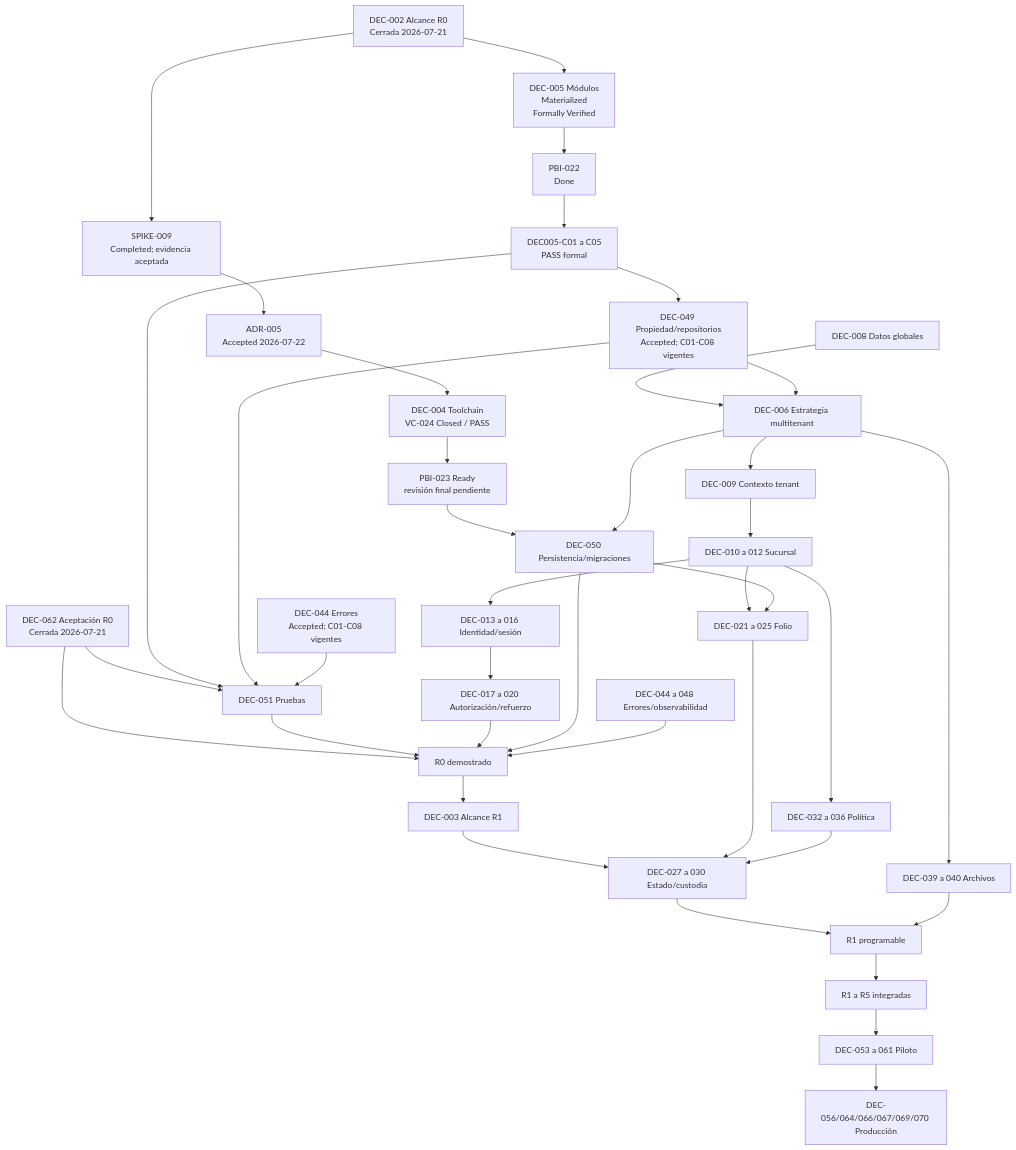
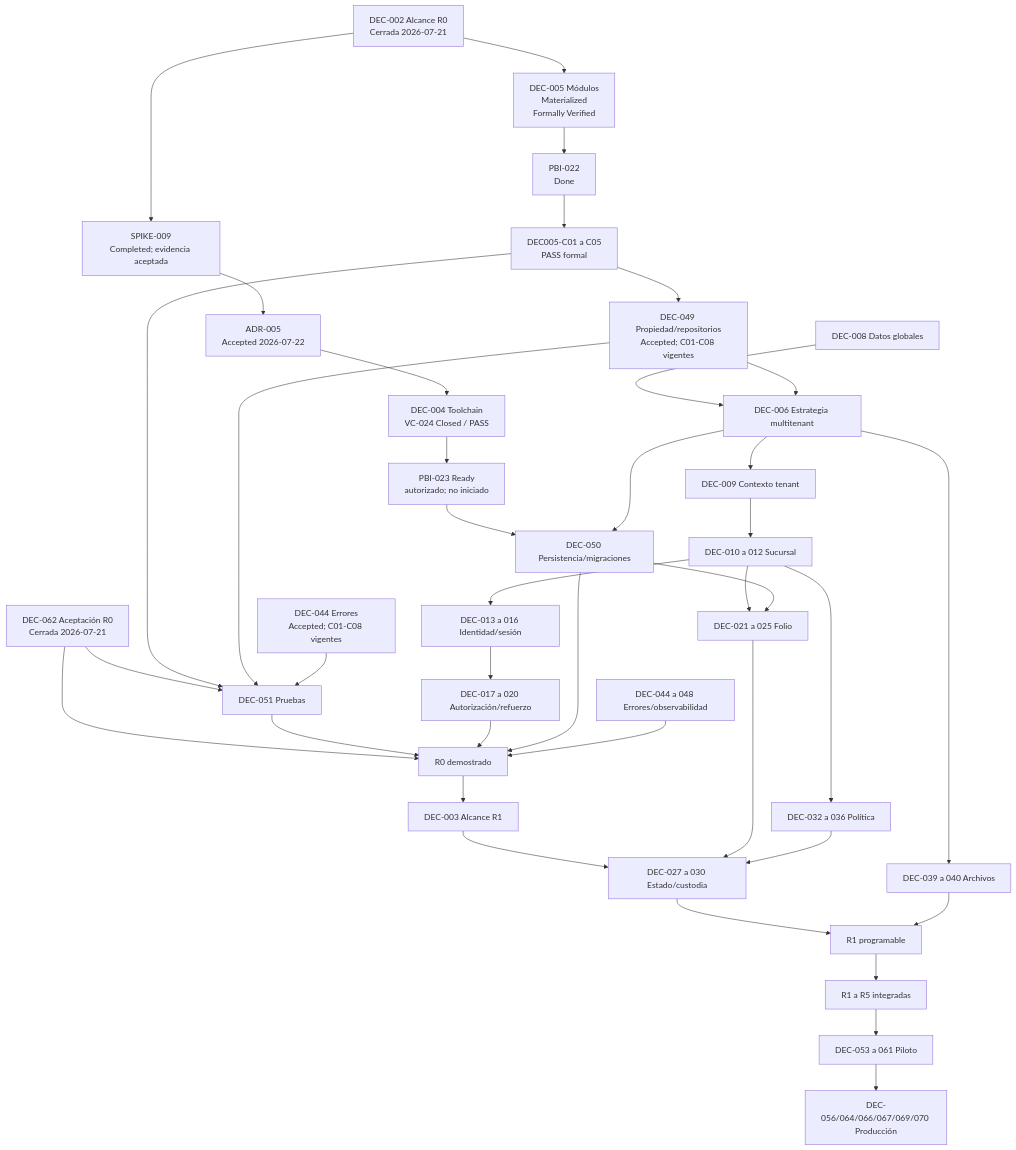
The diagram in docs/architecture-readiness/blocker-closure/DEPENDENCIAS_ENTRE_DECISIONES.md (luisgtzaviles/SrTaller-2.0), drawn with Mermaid before and after one commit. The commit also changed 23 other files, not shown here.

````diff
--- a/docs/architecture-readiness/blocker-closure/DEPENDENCIAS_ENTRE_DECISIONES.md
+++ b/docs/architecture-readiness/blocker-closure/DEPENDENCIAS_ENTRE_DECISIONES.md
@@ -5,45 +5,45 @@
 ```mermaid
 flowchart TD
     SCOPE[DEC-002 Alcance R0<br/>Cerrada 2026-07-21] --> SPIKE9[SPIKE-009<br/>Completed; evidencia aceptada]
     SPIKE9 --> ADR5[ADR-005<br/>Accepted 2026-07-22]
     ADR5 --> STACK[DEC-004 Toolchain<br/>VC-024 Closed / PASS]
     SCOPE --> MODULES[DEC-005 Módulos<br/>Materialized<br/>Formally Verified]
     MODULES --> PBI22[PBI-022<br/>Done]
     PBI22 --> D5E[DEC005-C01 a C05<br/>PASS formal]
     ACCEPT[DEC-062 Aceptación R0<br/>Cerrada 2026-07-21] --> TEST[DEC-051 Accepted<br/>C01/C07/C09 Satisfied]
     ACCEPT --> R0
-    STACK --> PBI23[PBI-023 Ready<br/>revisión final pendiente]
+    STACK --> PBI23[PBI-023 Ready<br/>autorizado; no iniciado]
     PBI23 --> DATA[DEC-050 Persistencia/migraciones]
     D5E --> OWN[DEC-049 Propiedad/repositorios<br/>Accepted; C01-C08 vigentes]
     D5E --> TEST
     OWN --> TEST
     ERR[DEC-044 Errores<br/>Accepted; C01-C08 vigentes] --> TEST
 
     GLOBAL[DEC-008 Datos globales] --> MT[DEC-006 Estrategia multitenant]
     OWN --> MT
     MT --> TC[DEC-009 Contexto tenant]
     TC --> BR[DEC-010 a 012 Sucursal]
     BR --> ID[DEC-013 a 016 Identidad/sesión]
     ID --> AUTH[DEC-017 a 020 Autorización/refuerzo]
     MT --> DATA
 
     TEST[DEC-051 Pruebas] --> R0[R0 demostrado]
     AUTH --> R0
     DATA --> R0
     OBS[DEC-044 a 048 Errores/observabilidad] --> R0
 
     R0 --> R1S[DEC-003 Alcance R1]
     BR --> FOLIO[DEC-021 a 025 Folio]
     DATA --> FOLIO
     R1S --> CUST[DEC-027 a 030 Estado/custodia]
     FOLIO --> CUST
     BR --> POLICY[DEC-032 a 036 Política]
     POLICY --> CUST
     MT --> FILES[DEC-039 a 040 Archivos]
     CUST --> R1[R1 programable]
     FILES --> R1
 
     R1 --> MVP[R1 a R5 integradas]
     MVP --> PILOT[DEC-053 a 061 Piloto]
     PILOT --> PROD[DEC-056/064/066/067/069/070 Producción]
 ```
````
